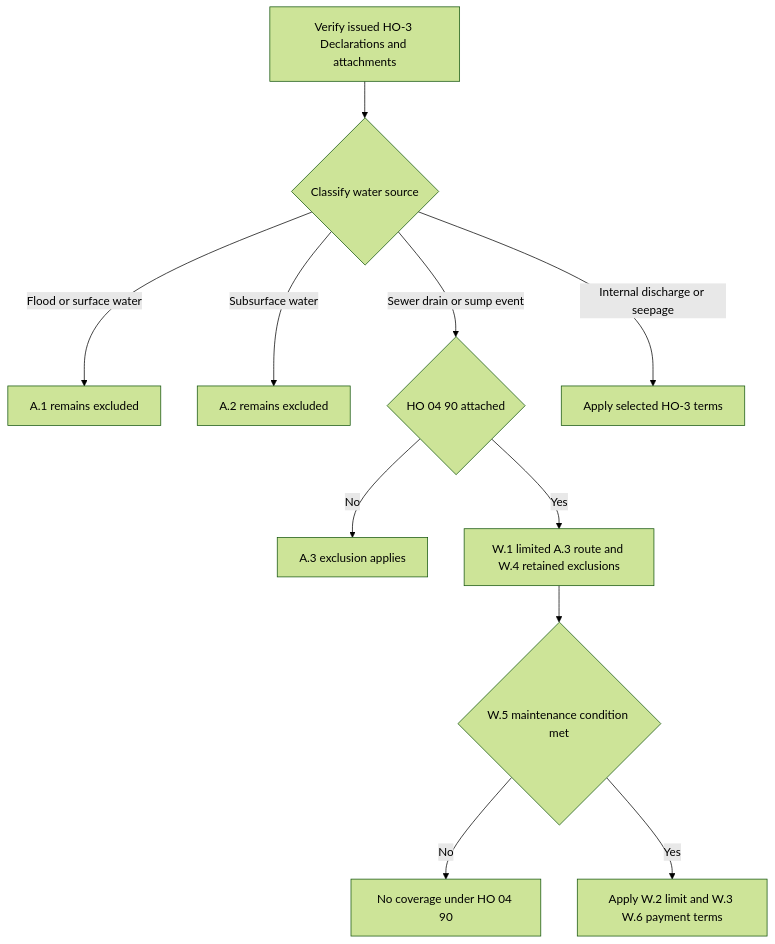
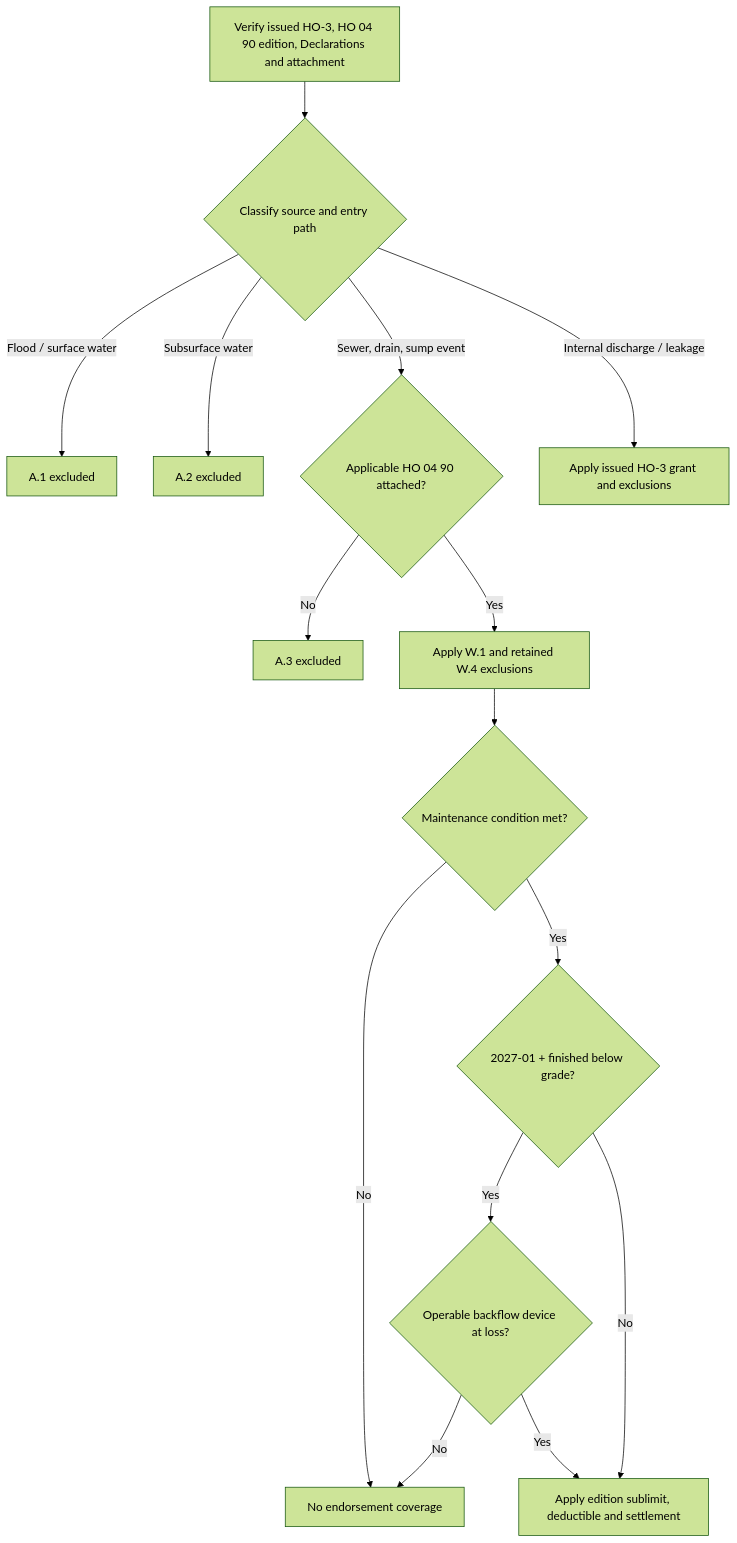
One commit to eugeneliu-86/openwiki-insurance-corpus changed the diagram in openwiki/coverage/property/water-damage-and-backup.md. Above: the diagram before and after it, drawn with Mermaid (forest theme). The commit also changed other lines of this file and 25 other files, not shown here.

````diff
--- a/openwiki/coverage/property/water-damage-and-backup.md
+++ b/openwiki/coverage/property/water-damage-and-backup.md
@@ -49,13 +50,17 @@
 ```mermaid
 flowchart TD
-    Record["Verify issued HO-3 Declarations and attachments"] --> Source{"Classify water source"}
-    Source -- "Flood or surface water" --> AOne["A.1 remains excluded"]
-    Source -- "Subsurface water" --> ATwo["A.2 remains excluded"]
-    Source -- "Sewer drain or sump event" --> AThree{"HO 04 90 attached"}
-    Source -- "Internal discharge or seepage" --> Other["Apply selected HO-3 terms"]
-    AThree -- "No" --> AThreeBar["A.3 exclusion applies"]
-    AThree -- "Yes" --> Scope["W.1 limited A.3 route and W.4 retained exclusions"]
-    Scope --> Maint{"W.5 maintenance condition met"}
-    Maint -- "No" --> NoWriteback["No coverage under HO 04 90"]
-    Maint -- "Yes" --> Terms["Apply W.2 limit and W.3 W.6 payment terms"]
+  I[Verify issued HO-3, HO 04 90 edition, Declarations and attachment] --> S{Classify source and entry path}
+  S -->|Flood / surface water| F[A.1 excluded]
+  S -->|Subsurface water| G[A.2 excluded]
+  S -->|Sewer, drain, sump event| E{Applicable HO 04 90 attached?}
+  S -->|Internal discharge / leakage| O[Apply issued HO-3 grant and exclusions]
+  E -->|No| X[A.3 excluded]
+  E -->|Yes| W[Apply W.1 and retained W.4 exclusions]
+  W --> M{Maintenance condition met?}
+  M -->|No| N[No endorsement coverage]
+  M -->|Yes| B{2027-01 + finished below grade?}
+  B -->|Yes| V{Operable backflow device at loss?}
+  V -->|No| N
+  V -->|Yes| P[Apply edition sublimit, deductible and settlement]
+  B -->|No| P
 ```
````
